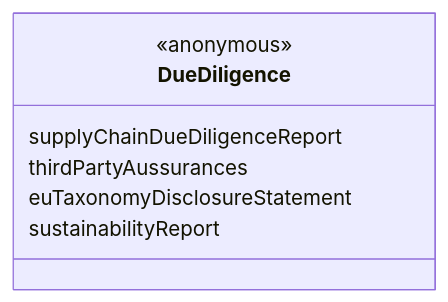
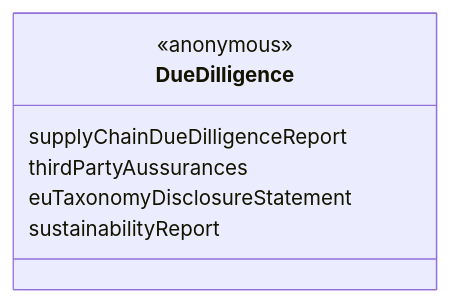
Before and after one commit to spherity/dpp-vocabulary: the eighth of 8 diagrams in docs/contexts/dbp/vocabulary.md, drawn with Mermaid. The commit also changed other lines of this file and 2 other files, not shown here.

````diff
--- a/docs/contexts/dbp/vocabulary.md
+++ b/docs/contexts/dbp/vocabulary.md
@@ -504,10 +504,10 @@
 ```mermaid
 classDiagram
-    class DueDiligence{
+    class DueDilligence{
         <<anonymous>>
-        supplyChainDueDiligenceReport
+        supplyChainDueDilligenceReport
         thirdPartyAussurances
         euTaxonomyDisclosureStatement
         sustainabilityReport
     }
 ```
````
